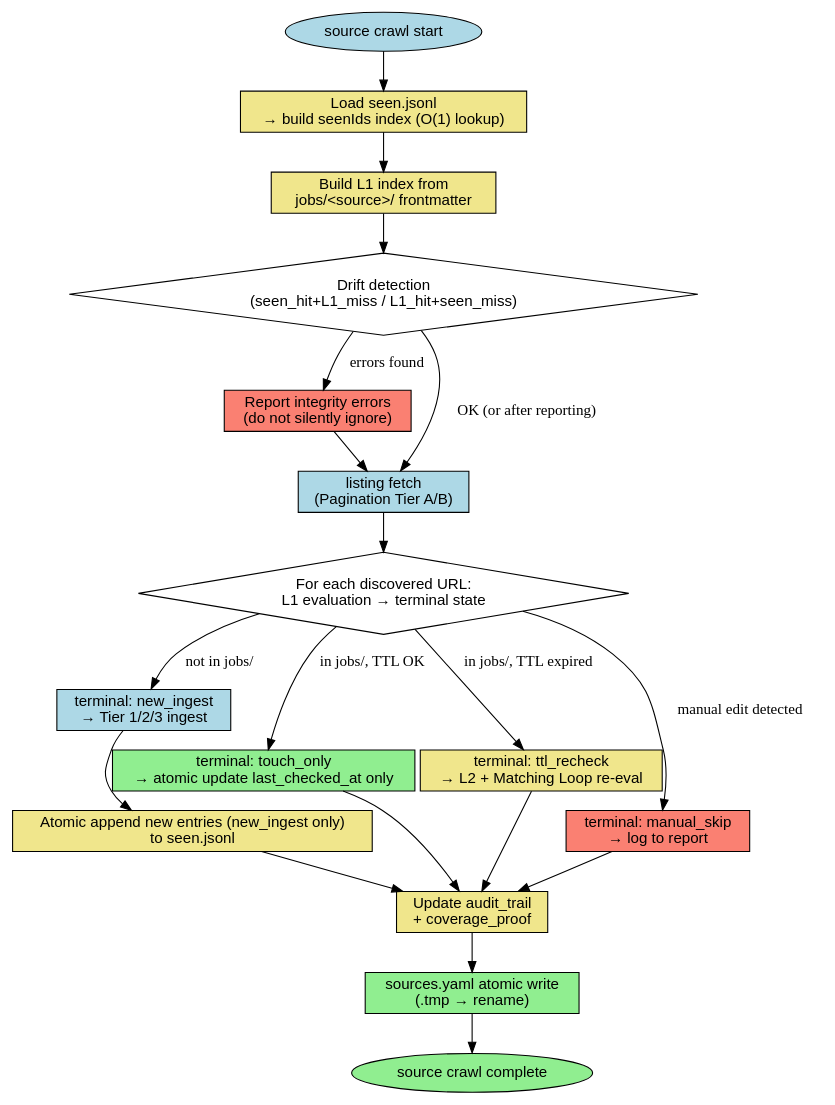
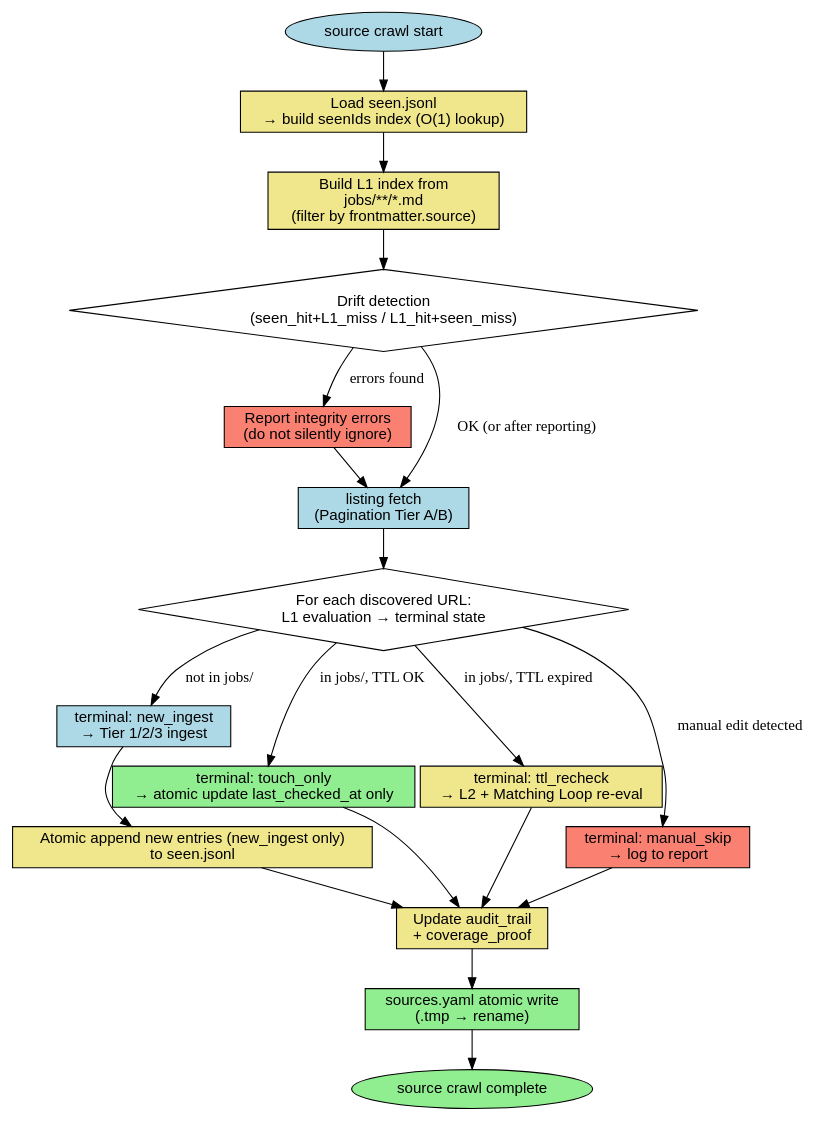
The fourth of 4 diagrams in skills/collect-jd/reference/dedup-and-discovery.md (toongri/oh-my-toong-playground), drawn with Graphviz before and after one commit. The commit also changed other lines of this file and 2 other files, not shown here.

````diff
--- a/skills/collect-jd/reference/dedup-and-discovery.md
+++ b/skills/collect-jd/reference/dedup-and-discovery.md
@@ -686,38 +686,38 @@
 ```dot
 digraph per_site_crawl_memory {
   rankdir=TB;
   node [shape=box, fontname="Helvetica"];
 
   start [label="source crawl start", shape=ellipse, style=filled, fillcolor=lightblue];
   load_seen [label="Load seen.jsonl\n→ build seenIds index (O(1) lookup)", style=filled, fillcolor=khaki];
-  load_l1 [label="Build L1 index from\njobs/<source>/ frontmatter", style=filled, fillcolor=khaki];
+  load_l1 [label="Build L1 index from\njobs/**/*.md\n(filter by frontmatter.source)", style=filled, fillcolor=khaki];
   drift_check [label="Drift detection\n(seen_hit+L1_miss / L1_hit+seen_miss)", shape=diamond];
   report_drift [label="Report integrity errors\n(do not silently ignore)", style=filled, fillcolor=salmon];
   fetch [label="listing fetch\n(Pagination Tier A/B)", style=filled, fillcolor=lightblue];
   per_url [label="For each discovered URL:\nL1 evaluation → terminal state", shape=diamond];
   new_ingest [label="terminal: new_ingest\n→ Tier 1/2/3 ingest", style=filled, fillcolor=lightblue];
   touch_only [label="terminal: touch_only\n→ atomic update last_checked_at only", style=filled, fillcolor=lightgreen];
   ttl_recheck [label="terminal: ttl_recheck\n→ L2 + Matching Loop re-eval", style=filled, fillcolor=khaki];
   manual_skip [label="terminal: manual_skip\n→ log to report", style=filled, fillcolor=salmon];
   append_seen [label="Atomic append new entries (new_ingest only)\nto seen.jsonl", style=filled, fillcolor=khaki];
   update_audit [label="Update audit_trail\n+ coverage_proof", style=filled, fillcolor=khaki];
   atomic_write [label="sources.yaml atomic write\n(.tmp → rename)", style=filled, fillcolor=lightgreen];
   done [label="source crawl complete", shape=ellipse, style=filled, fillcolor=lightgreen];
 
   start -> load_seen -> load_l1 -> drift_check;
   drift_check -> report_drift [label="errors found"];
   drift_check -> fetch [label="OK (or after reporting)"];
   report_drift -> fetch;
   fetch -> per_url;
   per_url -> new_ingest [label="not in jobs/"];
   per_url -> touch_only [label="in jobs/, TTL OK"];
   per_url -> ttl_recheck [label="in jobs/, TTL expired"];
   per_url -> manual_skip [label="manual edit detected"];
   new_ingest -> append_seen;
   append_seen -> update_audit;
   touch_only -> update_audit;
   ttl_recheck -> update_audit;
   manual_skip -> update_audit;
   update_audit -> atomic_write -> done;
 }
 ```
````
